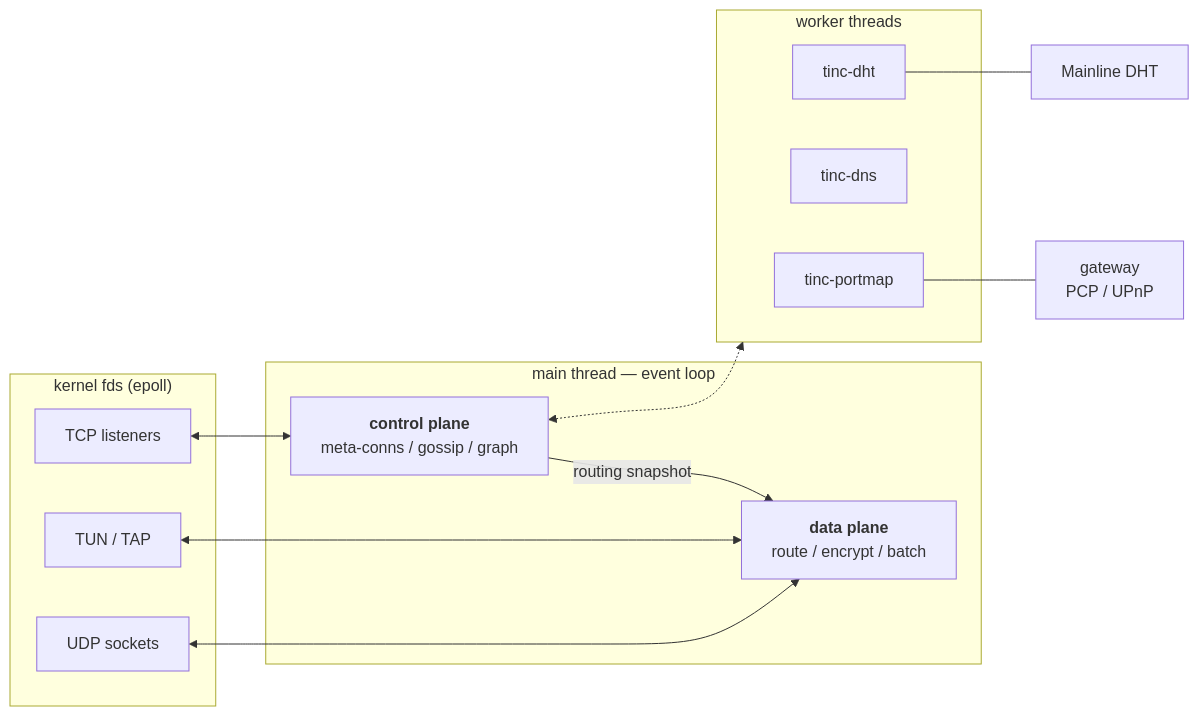
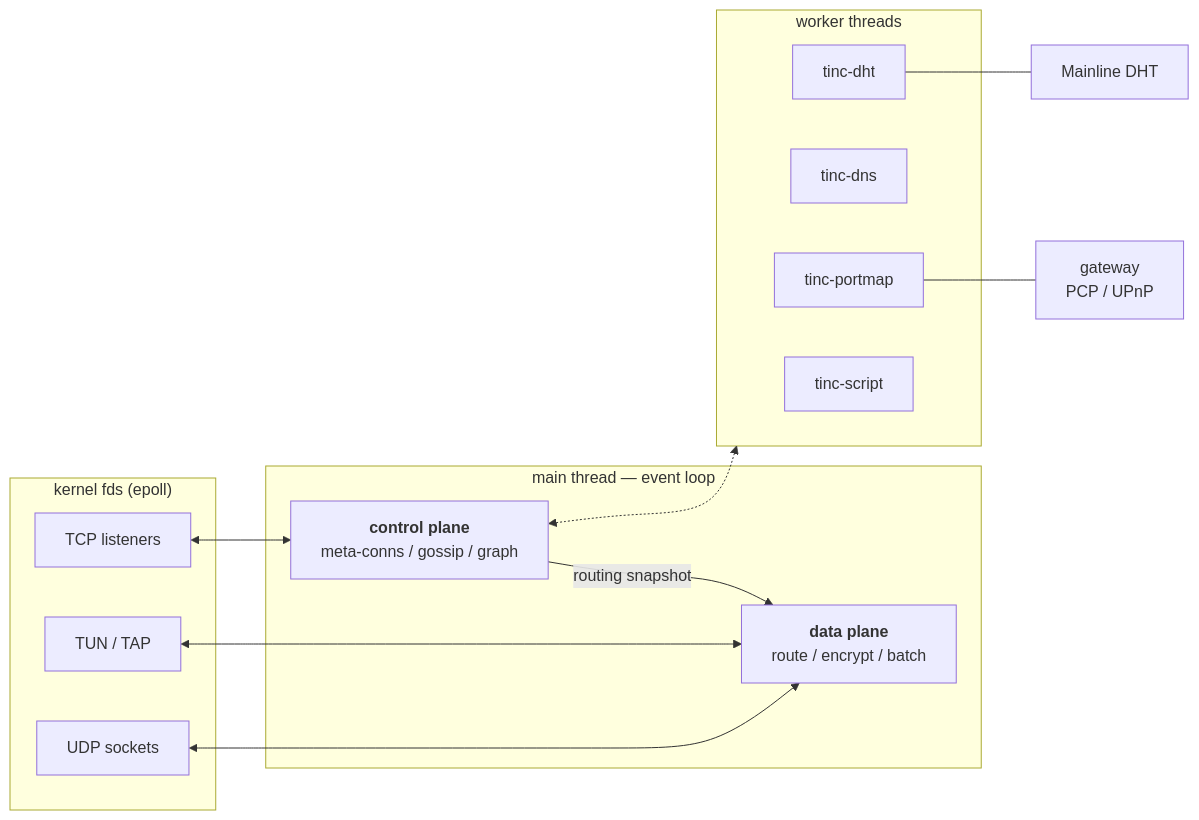
One commit to Mic92/tincr changed the first of 2 diagrams in docs/ARCHITECTURE.md. Above: the diagram before and after it, drawn with Mermaid. The commit also changed other lines of this file, not shown here.

Commit message:
docs/ARCHITECTURE: add tinc-script worker thread
Follows 812f79bc which moved hook execution and address-cache
writes off the event loop.

````diff
--- a/docs/ARCHITECTURE.md
+++ b/docs/ARCHITECTURE.md
@@ -18,25 +18,26 @@
 ```mermaid
 flowchart LR
     subgraph kernel ["kernel fds (epoll)"]
         tun["TUN / TAP"]
         udp["UDP sockets"]
         tcp["TCP listeners"]
     end
     subgraph main ["main thread — event loop"]
         dp["<b>data plane</b><br/>route / encrypt / batch"]
         cp["<b>control plane</b><br/>meta-conns / gossip / graph"]
         cp -- "routing snapshot" --> dp
     end
     subgraph workers ["worker threads"]
         dht["tinc-dht"]
         dns["tinc-dns"]
         pm["tinc-portmap"]
+        scr["tinc-script"]
     end
 
     tun <--> dp
     udp <--> dp
     tcp <--> cp
     cp  <-.-> workers
     dht --- mainline["Mainline DHT"]
     pm  --- gw["gateway<br/>PCP / UPnP"]
 ```
````
